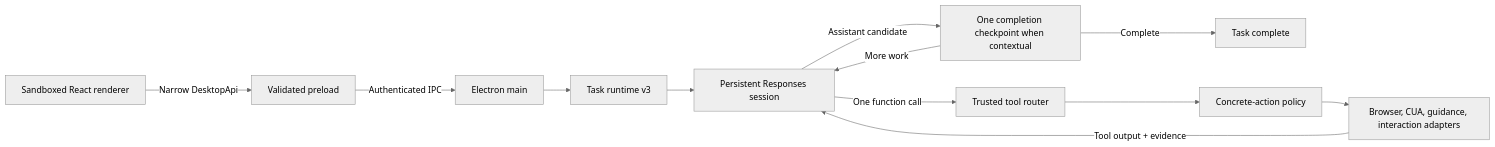
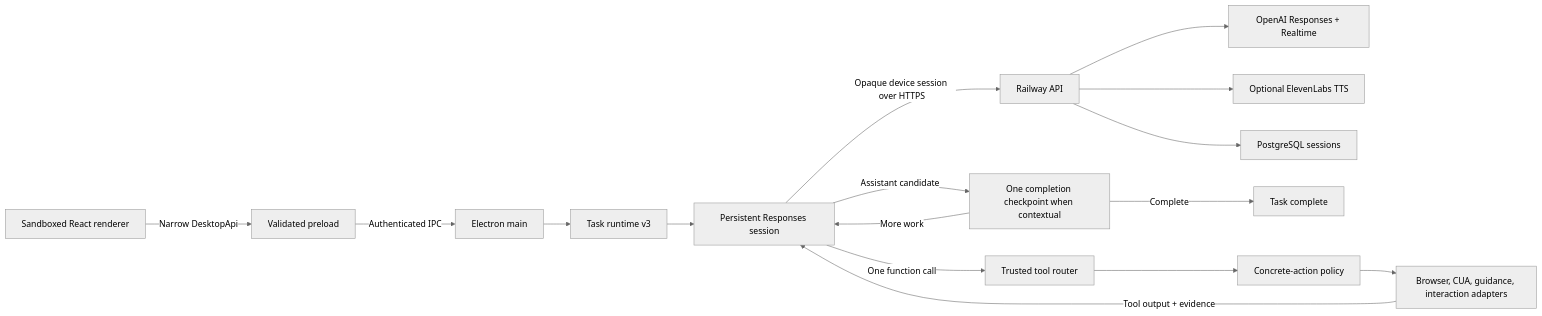
Before and after one commit to ducnguyen67201/TroCode: the diagram in docs/architecture.md, drawn with Mermaid (neutral theme). The commit also changed other lines of this file and 29 other files, not shown here.

````diff
--- a/docs/architecture.md
+++ b/docs/architecture.md
@@ -10,14 +10,18 @@
 ```mermaid
 flowchart LR
     UI["Sandboxed React renderer"] -->|"Narrow DesktopApi"| PRELOAD["Validated preload"]
     PRELOAD -->|"Authenticated IPC"| MAIN["Electron main"]
     MAIN --> RUNTIME["Task runtime v3"]
     RUNTIME --> AGENT["Persistent Responses session"]
+    AGENT -->|"Opaque device session over HTTPS"| API["Railway API"]
+    API --> OPENAI["OpenAI Responses + Realtime"]
+    API --> ELEVEN["Optional ElevenLabs TTS"]
+    API --> SESSIONS["PostgreSQL sessions"]
     AGENT -->|"Assistant candidate"| REVIEW["One completion checkpoint when contextual"]
     REVIEW -->|"Complete"| DONE["Task complete"]
     REVIEW -->|"More work"| AGENT
     AGENT -->|"One function call"| ROUTER["Trusted tool router"]
     ROUTER --> POLICY["Concrete-action policy"]
     POLICY --> ADAPTERS["Browser, CUA, guidance, interaction adapters"]
     ADAPTERS -->|"Tool output + evidence"| AGENT
 ```
````
